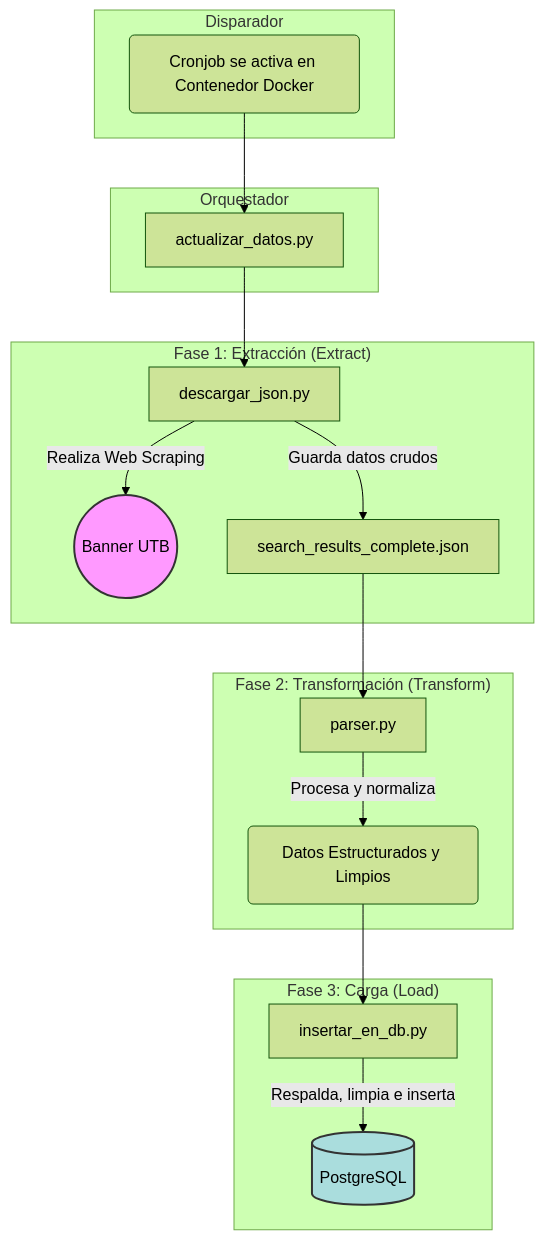
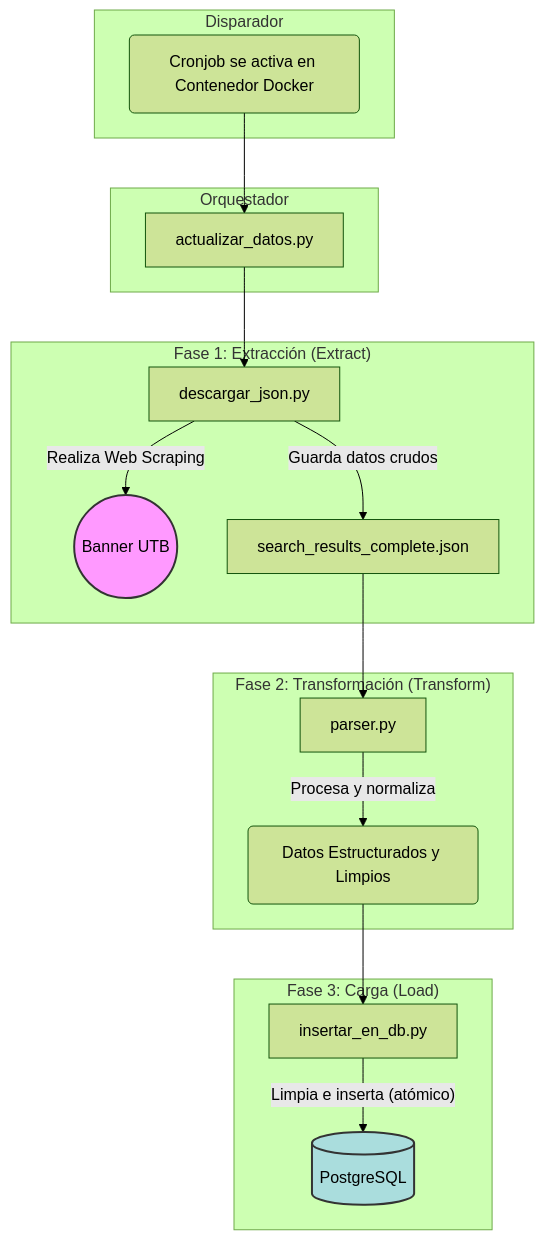
One commit to ISCOUTB/DH-ScheduleGeneratorUTB changed the diagram in docs/backend.md. Above: the diagram before and after it, drawn with Mermaid (forest theme). The commit also changed other lines of this file and 5 other files, not shown here.

````diff
--- a/docs/backend.md
+++ b/docs/backend.md
@@ -61,39 +62,39 @@
 ```mermaid
 graph TD
     subgraph "Disparador"
         A(Cronjob se activa en Contenedor Docker)
     end
 
     subgraph "Orquestador"
         B[actualizar_datos.py]
     end
 
     A --> B
 
     subgraph "Fase 1: Extracción (Extract)"
         C[descargar_json.py]
         D((Banner UTB))
         E[search_results_complete.json]
         C -- Realiza Web Scraping --> D
         C -- Guarda datos crudos --> E
     end
 
     B --> C
 
     subgraph "Fase 2: Transformación (Transform)"
         F[parser.py]
         G(Datos Estructurados y Limpios)
         E --> F
         F -- Procesa y normaliza --> G
     end
 
     subgraph "Fase 3: Carga (Load)"
         H[insertar_en_db.py]
         I[(PostgreSQL)]
         G --> H
-        H -- "Respalda, limpia e inserta" --> I
+        H -- "Limpia e inserta (atómico)" --> I
     end
 
     style D fill:#f9f,stroke:#333,stroke-width:2px
     style I fill:#add,stroke:#333,stroke-width:2px
 ```
````
